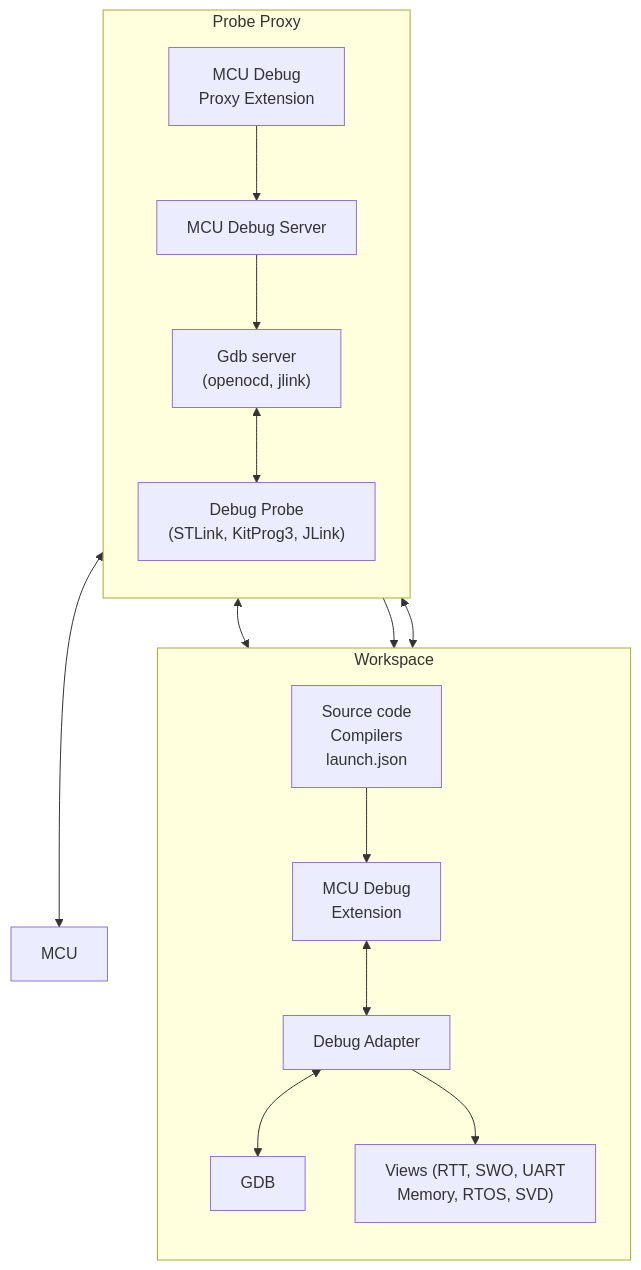
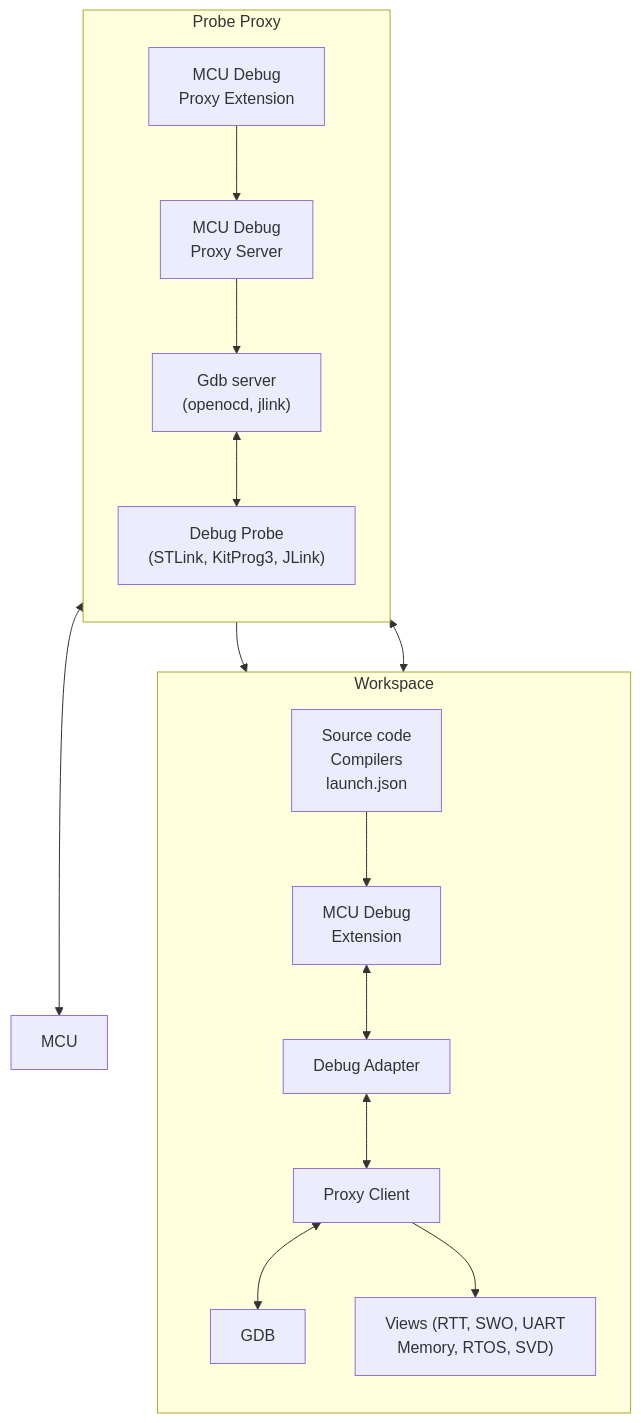
Before and after one commit to mcu-debug/mcu-debug: the diagram in apps/docs/docs/remote/index.md, drawn with Mermaid. The commit also changed other lines of this file and 3 other files, not shown here.

````diff
--- a/apps/docs/docs/remote/index.md
+++ b/apps/docs/docs/remote/index.md
@@ -18,33 +18,34 @@
 ```mermaid
 flowchart
   subgraph WS["Workspace"]
      direction TD
      SRC["Source code<br>Compilers<br>launch.json"]
      MD["MCU Debug<br>Extension"]
      DA["Debug Adapter"]
+     PC["Proxy Client"]
      GDB["GDB"]
      VIEWS["Views (RTT, SWO, UART<br>Memory, RTOS, SVD)"]
   end
   SRC --> MD
   MD <--> DA
-  DA <--> GDB
-  DA --> VIEWS
+  DA <--> PC
+  PC <--> GDB
+  PC --> VIEWS
 
   subgraph PROXY["Probe Proxy"]
      direction TD
      MDP["MCU Debug<br>Proxy Extension"]
-     MDBG["MCU Debug Server"]
+     MDBG["MCU Debug<br>Proxy Server"]
      GDBS["Gdb server<br>(openocd, jlink)"]
      PROBE["Debug Probe<br>(STLink, KitProg3, JLink)"]
   end
   MCU["MCU"]
 
   MDP   --> MDBG
   MDBG  --> GDBS
-  GDBS <--> GDB
   GDBS <--> PROBE
   PROBE <--> MCU
   MDBG --> VIEWS
 
-  DA <--> MDBG
+  PC <--> MDBG
 ```
````
